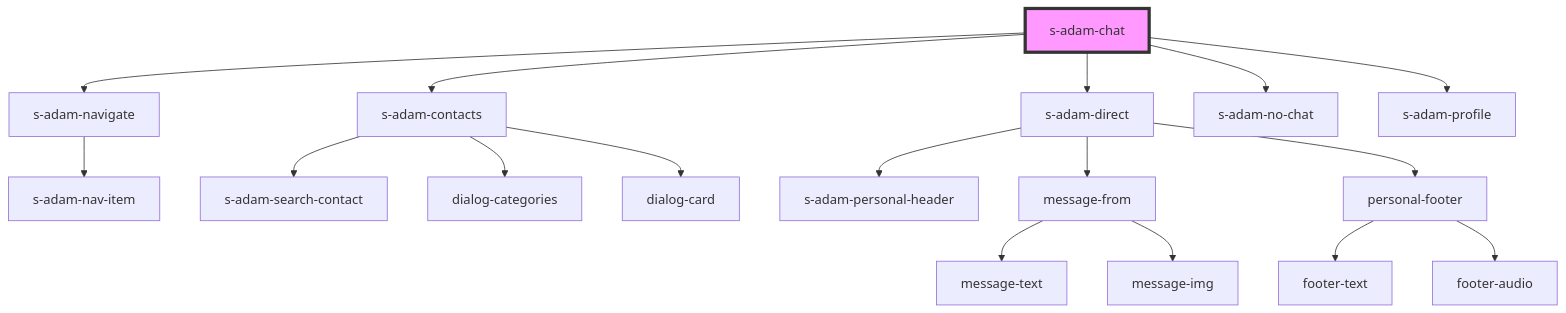
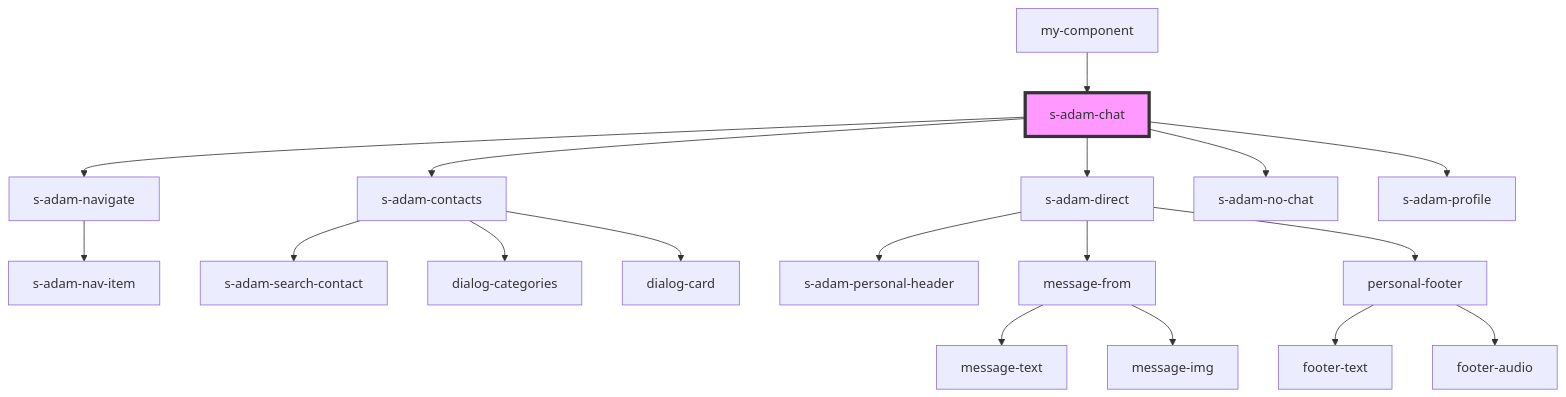
The diagram in src/components/comp/s-adam-chat/readme.md (saqhan/stencil-chat), drawn with Mermaid before and after one commit. The commit also changed other lines of this file and 26 other files, not shown here.

````diff
--- a/src/components/comp/s-adam-chat/readme.md
+++ b/src/components/comp/s-adam-chat/readme.md
@@ -19,20 +23,21 @@
 ```mermaid
 graph TD;
   s-adam-chat --> s-adam-navigate
   s-adam-chat --> s-adam-contacts
   s-adam-chat --> s-adam-direct
   s-adam-chat --> s-adam-no-chat
   s-adam-chat --> s-adam-profile
   s-adam-navigate --> s-adam-nav-item
   s-adam-contacts --> s-adam-search-contact
   s-adam-contacts --> dialog-categories
   s-adam-contacts --> dialog-card
   s-adam-direct --> s-adam-personal-header
   s-adam-direct --> message-from
   s-adam-direct --> personal-footer
   message-from --> message-text
   message-from --> message-img
   personal-footer --> footer-text
   personal-footer --> footer-audio
+  my-component --> s-adam-chat
   style s-adam-chat fill:#f9f,stroke:#333,stroke-width:4px
 ```
````
